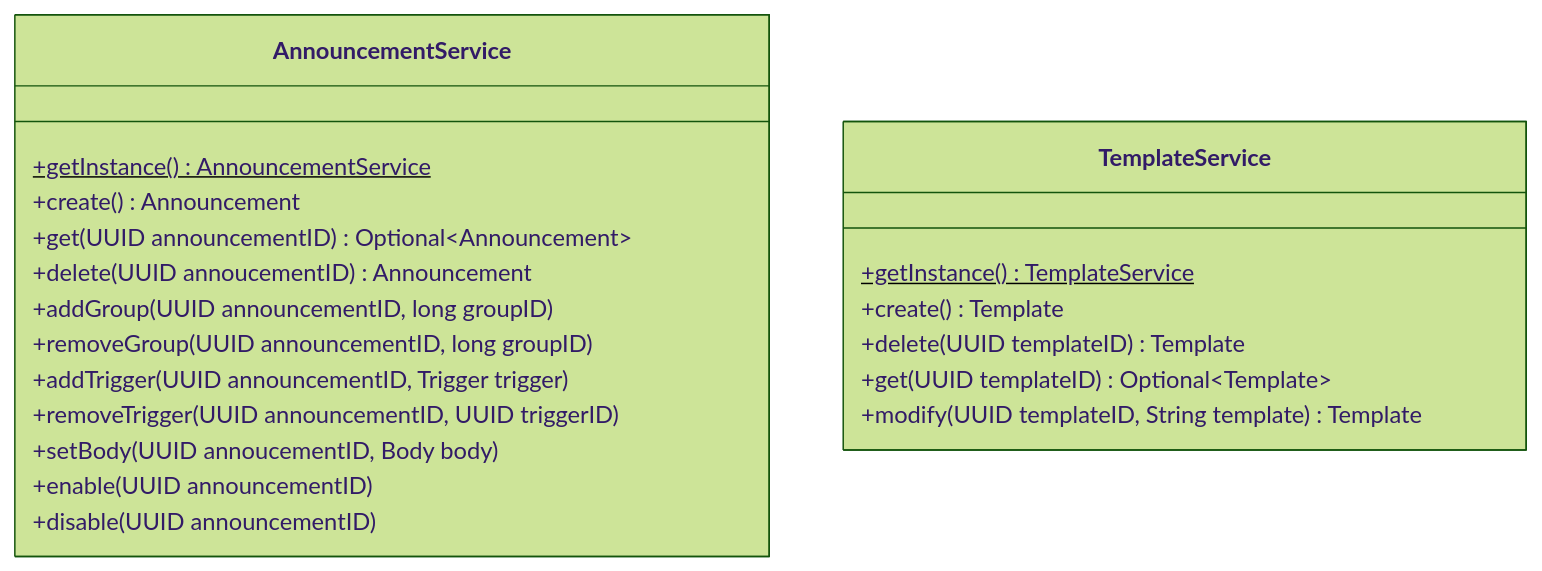
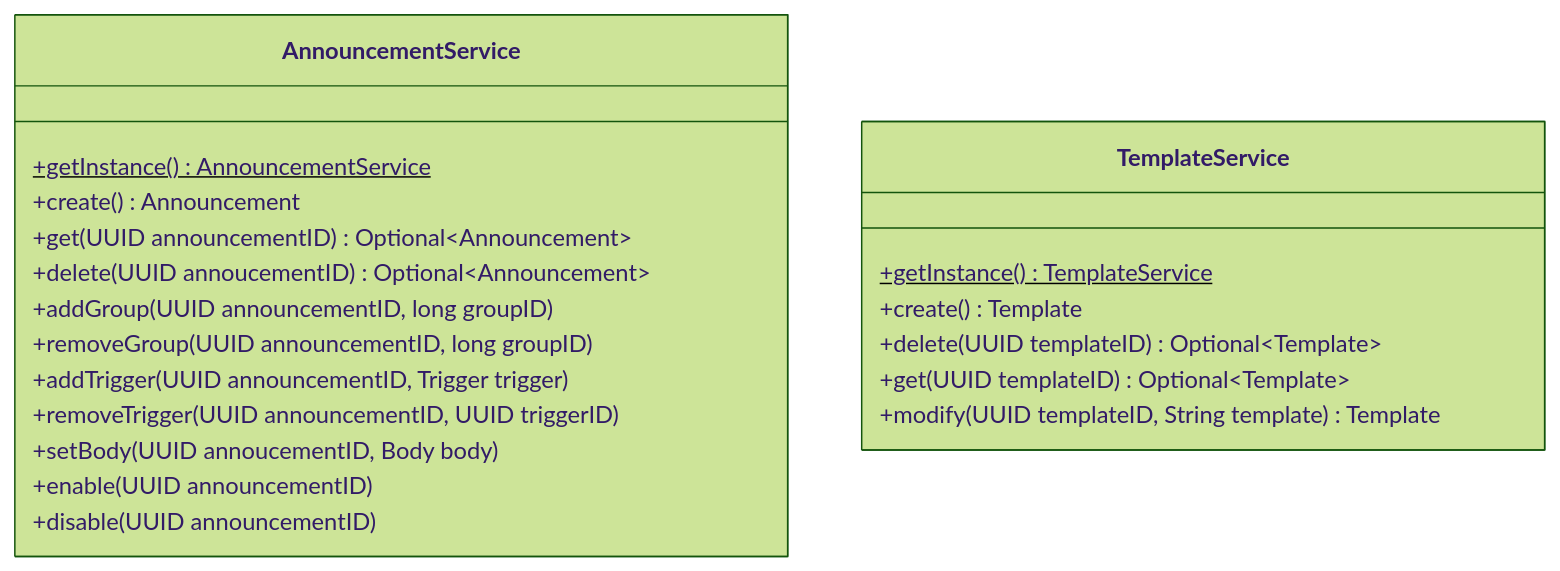
The third of 3 diagrams in docs/class-diagram.md (nanoyou/MaidNana), drawn with Mermaid (forest theme) before and after one commit.

Commit message:
docs: 修改 Service 结构

````diff
--- a/docs/class-diagram.md
+++ b/docs/class-diagram.md
@@ -61,25 +61,25 @@
 ```mermaid
 classDiagram
 class AnnouncementService {
     +getInstance()$ AnnouncementService
     
     +create() Announcement
     +get(UUID announcementID) Optional~Announcement~
-    +delete(UUID annoucementID) Announcement
+    +delete(UUID annoucementID) Optional~Announcement~
     +addGroup(UUID announcementID, long groupID)
     +removeGroup(UUID announcementID, long groupID)
     +addTrigger(UUID announcementID, Trigger trigger)
     +removeTrigger(UUID announcementID, UUID triggerID)
     +setBody(UUID annoucementID, Body body)
     +enable(UUID announcementID)
     +disable(UUID announcementID)
 }
 class TemplateService {
     +getInstance()$ TemplateService
     
     +create() Template
-    +delete(UUID templateID) Template
+    +delete(UUID templateID) Optional~Template~
     +get(UUID templateID) Optional~Template~
     +modify(UUID templateID, String template) Template
 }
 ```
````
